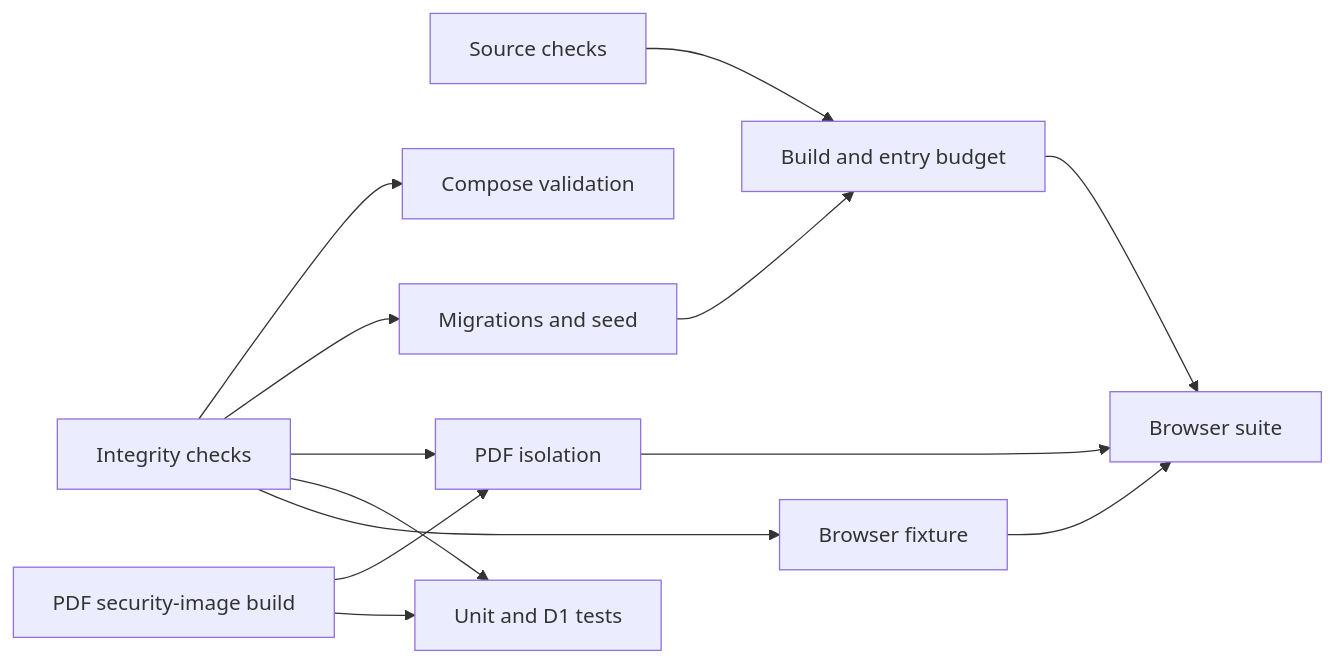
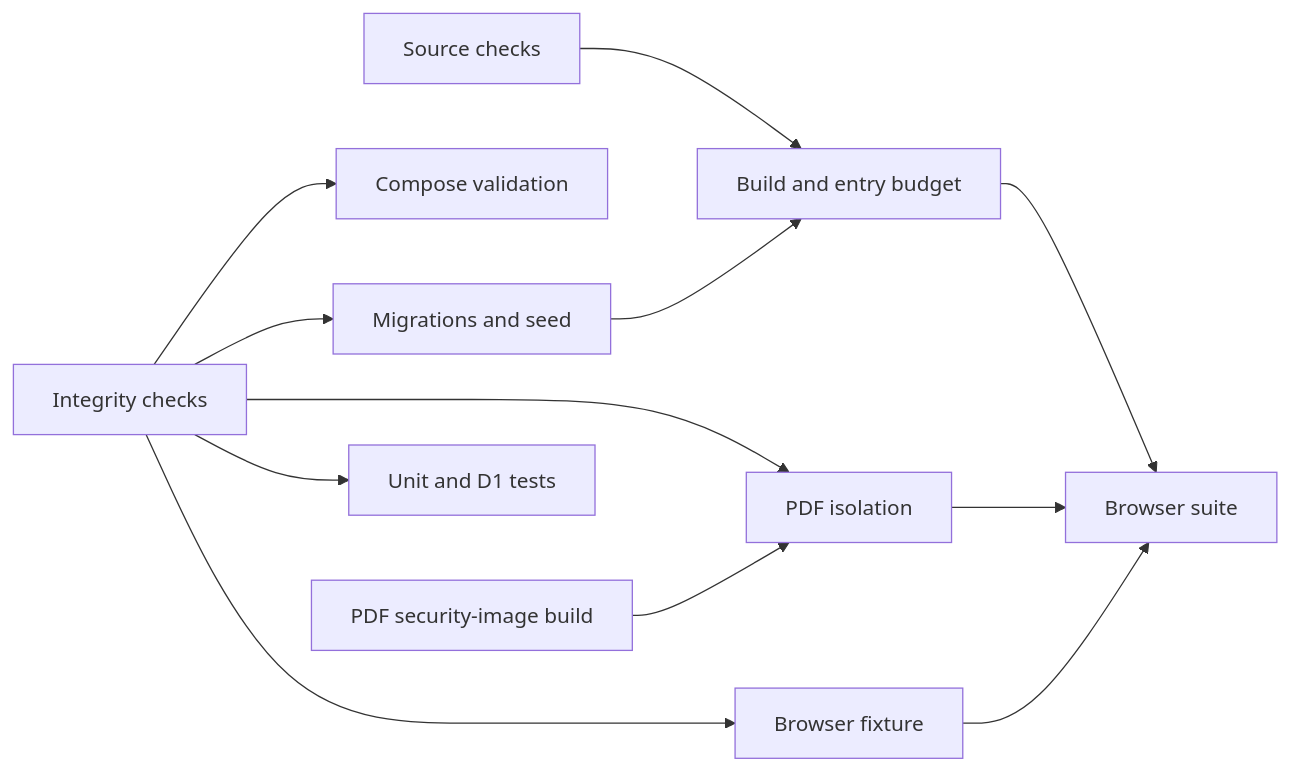
Before and after one commit to cyyapye/keel-fi: the diagram in docs/engineering/ci-performance.md, drawn with Mermaid. The commit also changed other lines of this file and 3 other files, not shown here.

Commit message:
Admit unit checks early and prioritize PDF isolation

````diff
--- a/docs/engineering/ci-performance.md
+++ b/docs/engineering/ci-performance.md
@@ -95,15 +96,14 @@
 ```mermaid
 flowchart LR
   source[Source checks] --> build[Build and entry budget]
   integrity[Integrity checks] --> compose[Compose validation]
   integrity --> migrations[Migrations and seed]
   integrity --> pdf[PDF isolation]
   pdfBuild[PDF security-image build] --> pdf
-  pdfBuild --> unit[Unit and D1 tests]
-  integrity --> unit
+  integrity --> unit[Unit and D1 tests]
   integrity --> browserFixture[Browser fixture]
   migrations --> build
   build --> browser[Browser suite]
   pdf --> browser
   browserFixture --> browser
 ```
````
